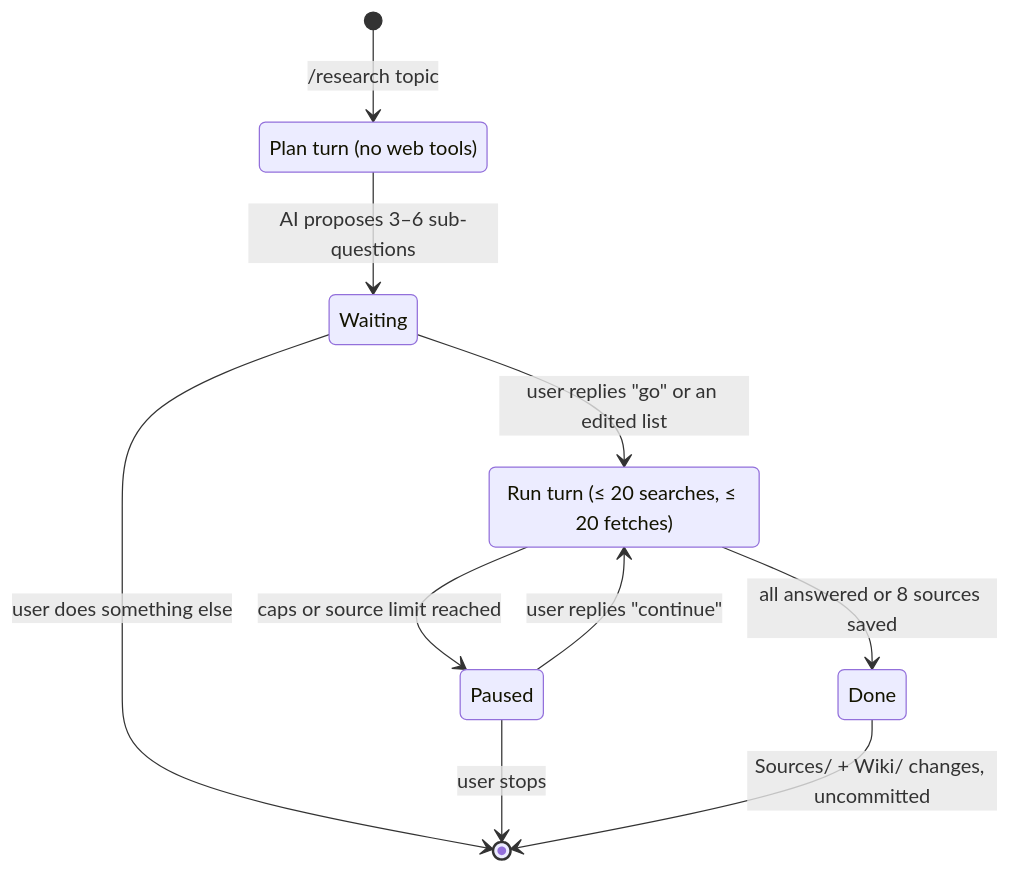
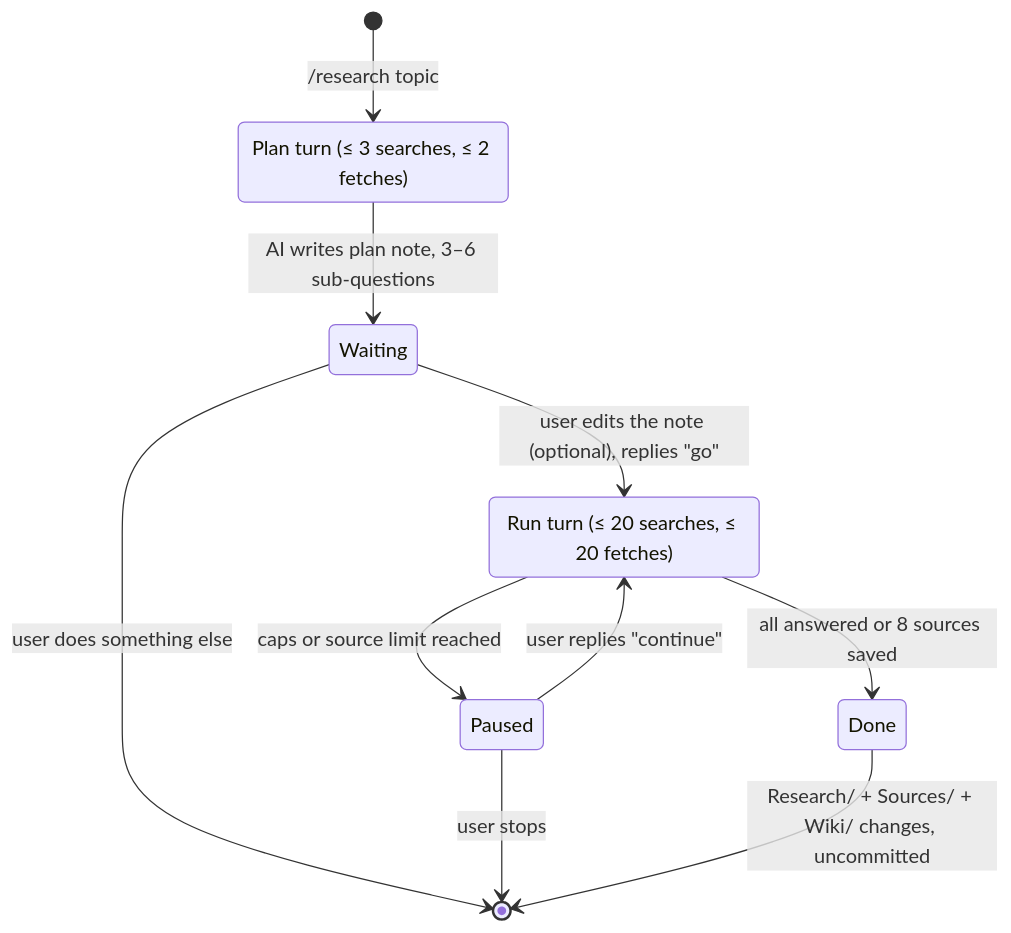
Before and after one commit to tillg/karpathy.app: the fourth of 6 diagrams in specs/changes/chat-commands-research/domain.md, drawn with Mermaid. The commit also changed other lines of this file and 3 other files, not shown here.

````diff
--- a/specs/changes/chat-commands-research/domain.md
+++ b/specs/changes/chat-commands-research/domain.md
@@ -74,14 +97,14 @@
 ```mermaid
 stateDiagram-v2
   [*] --> Plan: /research topic
-  Plan: Plan turn (no web tools)
-  Plan --> Waiting: AI proposes 3–6 sub-questions
-  Waiting --> Run: user replies "go" or an edited list
+  Plan: Plan turn (≤ 3 searches, ≤ 2 fetches)
+  Plan --> Waiting: AI writes plan note, 3–6 sub-questions
+  Waiting --> Run: user edits the note (optional), replies "go"
   Waiting --> [*]: user does something else
   Run: Run turn (≤ 20 searches, ≤ 20 fetches)
   Run --> Done: all answered or 8 sources saved
   Run --> Paused: caps or source limit reached
   Paused --> Run: user replies "continue"
   Paused --> [*]: user stops
-  Done --> [*]: Sources/ + Wiki/ changes, uncommitted
+  Done --> [*]: Research/ + Sources/ + Wiki/ changes, uncommitted
 ```
````
